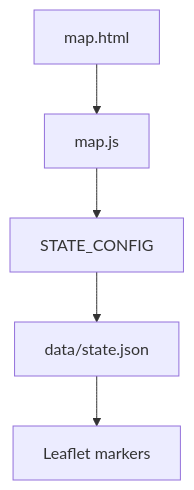
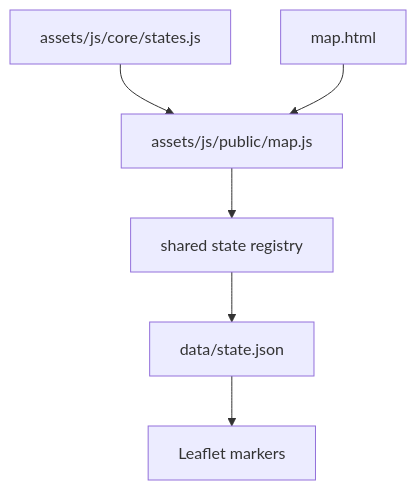
One commit to leo22092/templedirectory changed the third of 7 diagrams in ARCHITECTURE.md. Above: the diagram before and after it, drawn with Mermaid. The commit also changed other lines of this file and 77 other files, not shown here.

````diff
--- a/ARCHITECTURE.md
+++ b/ARCHITECTURE.md
@@ -204,7 +210,8 @@
 ```mermaid
 flowchart TD
-  maphtml[map.html] --> mapjs[map.js]
-  mapjs --> StateConfig[STATE_CONFIG]
+  stateConfig[assets/js/core/states.js] --> mapjs[assets/js/public/map.js]
+  maphtml[map.html] --> mapjs
+  mapjs --> StateConfig[shared state registry]
   StateConfig --> JSON[data/state.json]
   JSON --> Leaflet[Leaflet markers]
 ```
````
